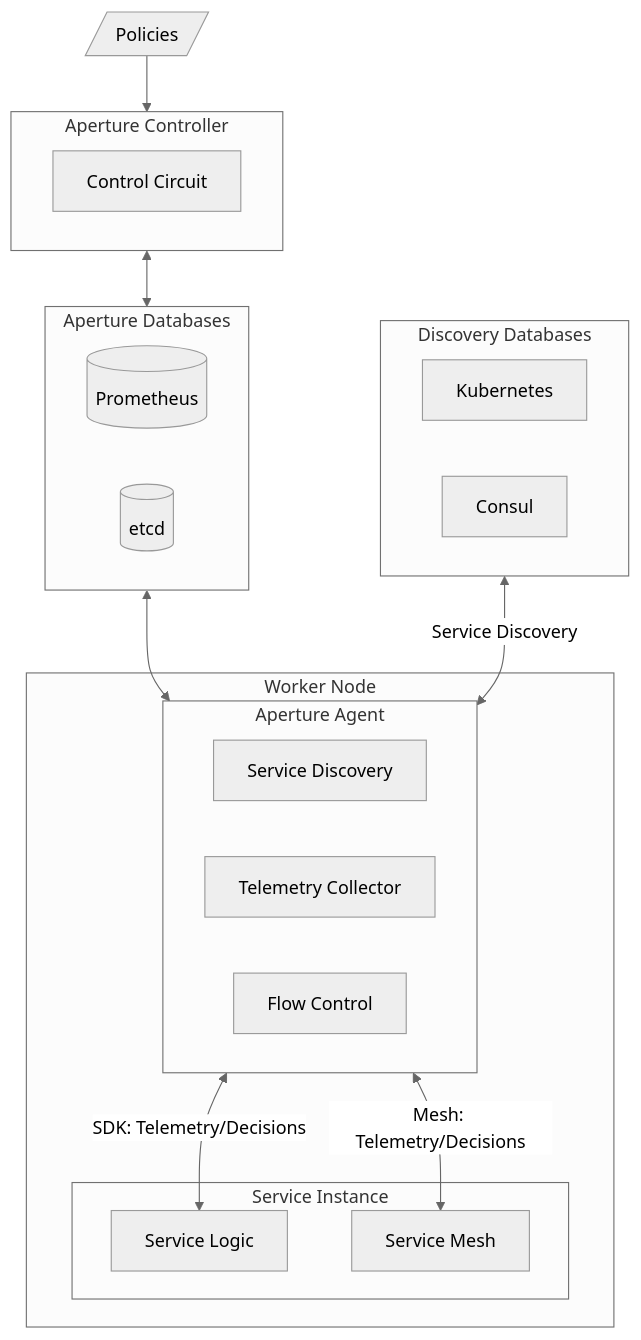
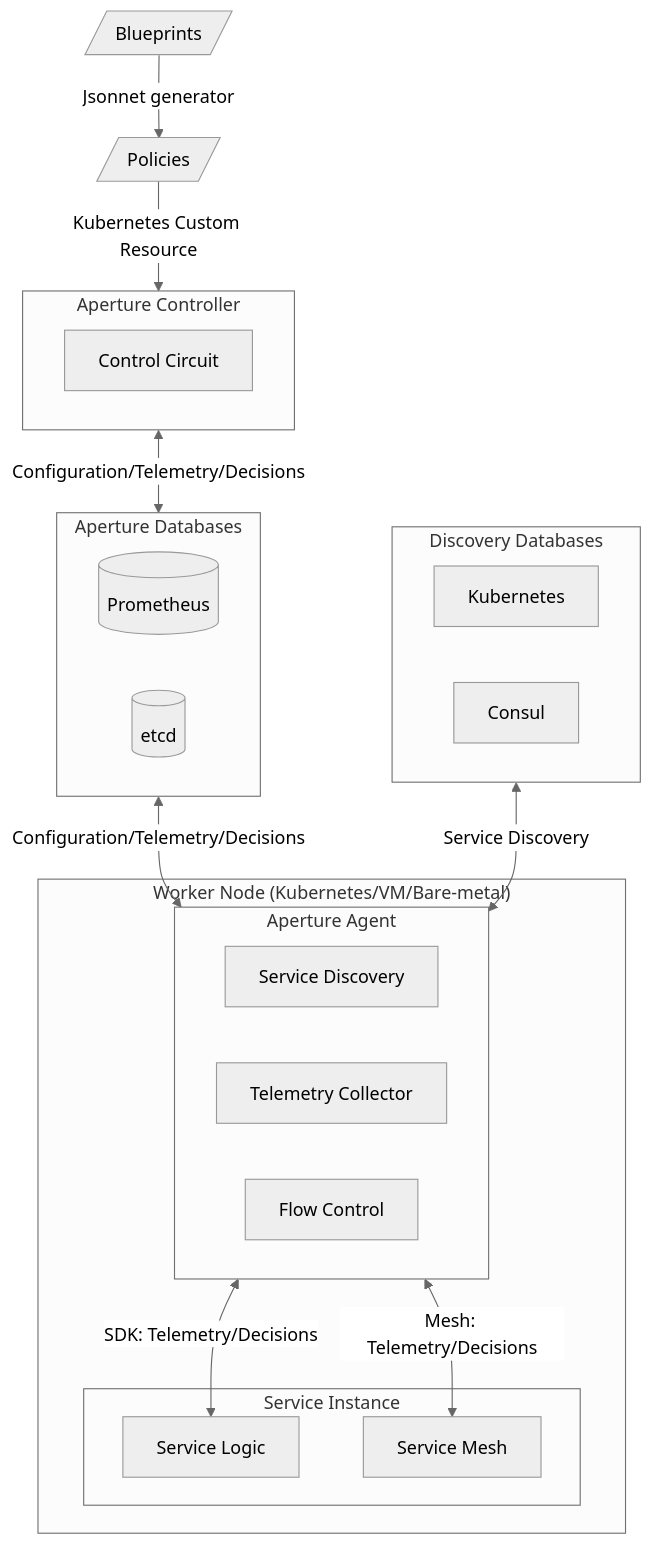
The diagram in docs/content/assets/gen/architecture_simple.mmd (dataongunlaws/aperture), drawn with Mermaid (neutral theme) before and after one commit. The commit also changed 3 other files, not shown here.

```diff
--- a/docs/content/assets/gen/architecture_simple.mmd
+++ b/docs/content/assets/gen/architecture_simple.mmd
@@ -1,31 +1,33 @@
 %% name: architecture_simple
 flowchart TD
+    blueprints[/"Blueprints"/]
     policies[/"Policies"/]
     subgraph controller["Aperture Controller"]
         circuit[Control Circuit]
     end
     subgraph databases["Aperture Databases"]
       prometheus[("Prometheus")]
       etcd[("etcd")]
     end
-    subgraph worker["Worker Node"]
+    subgraph worker["Worker Node (Kubernetes/VM/Bare-metal)"]
       subgraph agent["Aperture Agent"]
           servicediscovery["Service Discovery"]
           telemetry["Telemetry Collector"]
           flowcontrol["Flow Control"]
       end
       subgraph serviceinstance["Service Instance"]
         servicelogic["Service Logic"]
         servicemesh["Service Mesh"]
       end
     end
     subgraph platforms["Discovery Databases"]
       kubernetes["Kubernetes"]
       consul["Consul"]
     end
-    policies --> controller
-    controller<-->databases
-    databases<-->agent
+    blueprints --> |Jsonnet generator| policies
+    policies --> |Kubernetes Custom Resource| controller
+    controller<--> |Configuration/Telemetry/Decisions| databases
+    databases<-->|Configuration/Telemetry/Decisions|agent
     agent <-->|SDK: Telemetry/Decisions| servicelogic
     agent <-->|Mesh: Telemetry/Decisions| servicemesh
     platforms <-->|Service Discovery| agent
```
